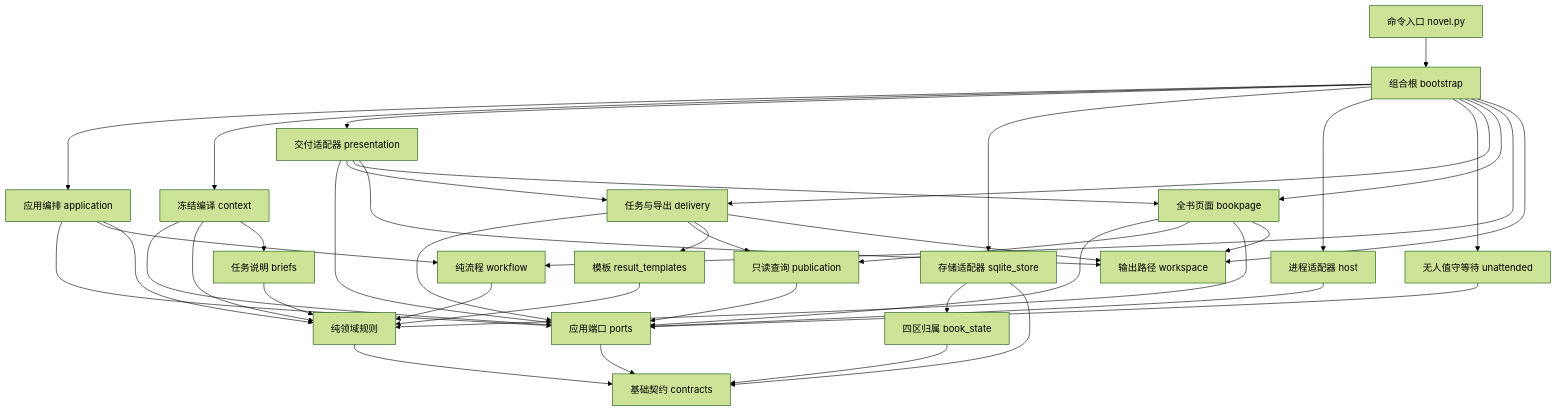
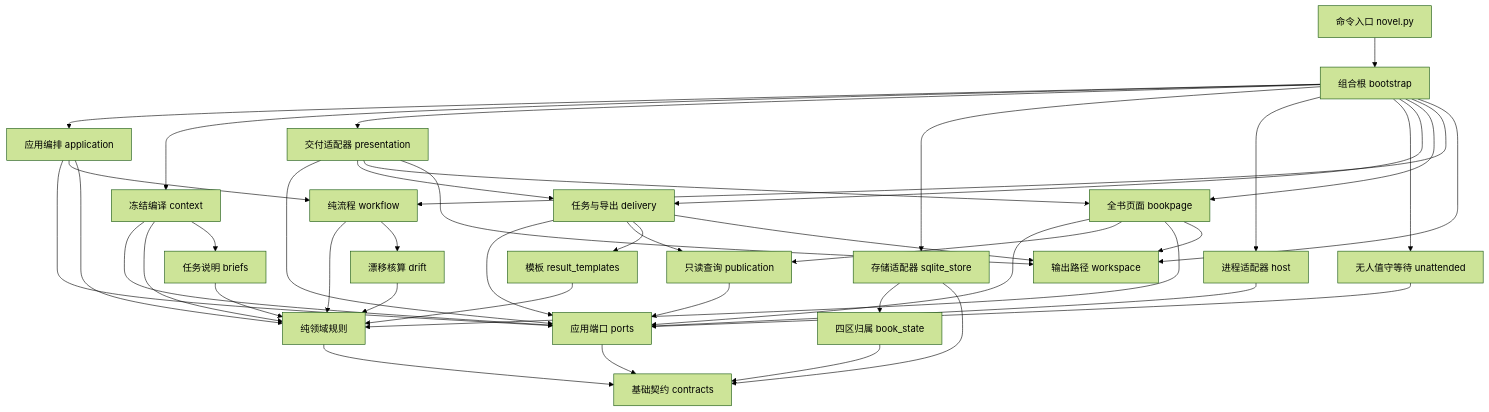
Before and after one commit to longwenid/novel-ledger: the diagram in README.md, drawn with Mermaid (forest theme). The commit also changed other lines of this file and 91 other files, not shown here.

````diff
--- a/README.md
+++ b/README.md
@@ -29,43 +31,46 @@
 ```mermaid
 flowchart TD
+    %% svg 待重新生成：本图新增 drift 节点，docs/architecture.svg 仍是旧版，见 docs/README.md 更新流程
     CLI[命令入口 novel.py] --> BOOT[组合根 bootstrap]
     BOOT --> APP[应用编排 application]
     BOOT --> CTX[冻结编译 context]
     BOOT --> VIEW[交付适配器 presentation]
     BOOT --> SQL[存储适配器 sqlite_store]
     BOOT --> HOST[进程适配器 host]
     BOOT --> WATCH[无人值守等待 unattended]
     BOOT --> DEL
     BOOT --> PAGE
     BOOT --> WF
     BOOT --> WS[输出路径 workspace]
     APP --> PORT[应用端口 ports]
     APP --> WF[纯流程 workflow]
     APP --> DOMAIN[纯领域规则]
     CTX --> PORT
     CTX --> DOMAIN
     CTX --> BRIEF[任务说明 briefs]
     BRIEF --> DOMAIN
     WF --> DOMAIN
+    WF --> DRIFT[漂移核算 drift]
+    DRIFT --> DOMAIN
     VIEW --> PORT
     VIEW --> DEL[任务与导出 delivery]
     VIEW --> PAGE[全书页面 bookpage]
     VIEW --> WS
     DEL --> PORT
     DEL --> PUB[只读查询 publication]
     DEL --> TPL[模板 result_templates]
     DEL --> WS
     PAGE --> PORT
     PAGE --> PUB
     PAGE --> DOMAIN
     PAGE --> WS
     TPL --> DOMAIN
     PUB --> PORT
     SQL --> BS[四区归属 book_state]
     SQL --> C[基础契约 contracts]
     HOST --> PORT
     WATCH --> PORT
     PORT --> C
     BS --> C
     DOMAIN --> C
 ```
````
